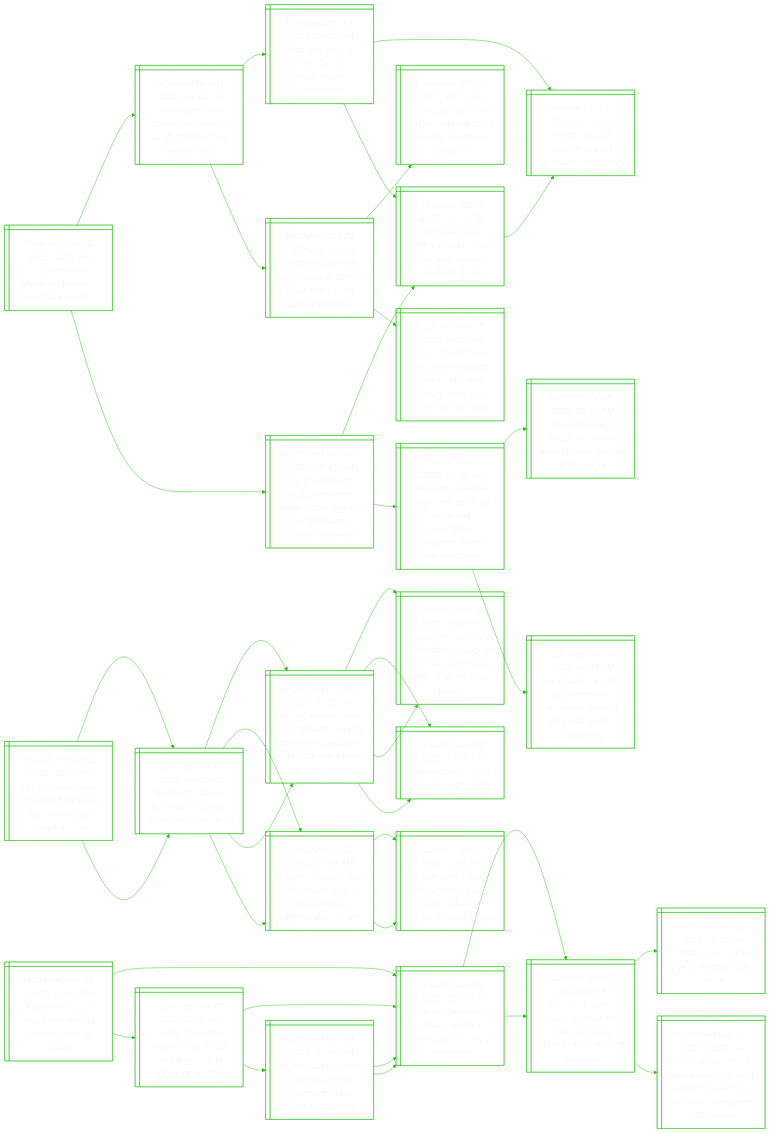
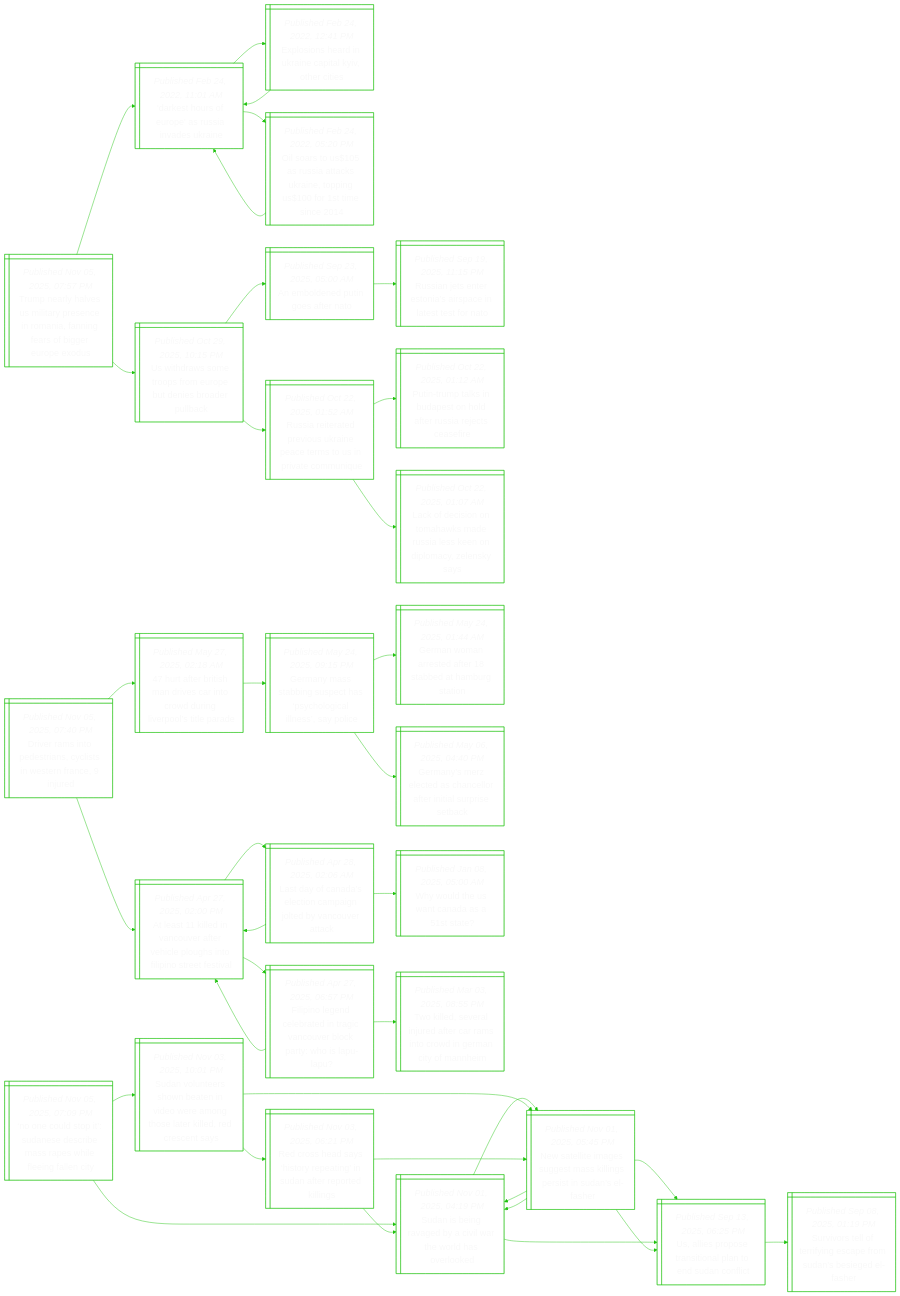
The diagram in README.md (notJmes/notJmes), drawn with Mermaid before and after one commit. The commit also changed other lines of this file, not shown here.

````diff
--- a/README.md
+++ b/README.md
@@ -16,121 +16,121 @@
 flowchart LR
 classDef txtsize font-size:20px;
 
-Uentbegno@{ shape: win-pane, label: "_Published Nov 05, 2025, 02:27 PM_
-Us government shutdown becomes longest in history" }
-AcobeaSdnsdh@{ shape: win-pane, label: "_Published Nov 01, 2025, 01:34 AM_
-Americans worry about next meal as us shutdown enters second month" }
-Waswhomhw@{ shape: win-pane, label: "_Published Oct 01, 2025, 04:42 PM_
-What happens next with the us government shutdown?" }
-TsSrtpbun@{ shape: win-pane, label: "_Published Oct 01, 2025, 01:49 AM_
-Trump says us government will ‘probably’ shut down" }
-Ueniunmaayat@{ shape: win-pane, label: "_Published Oct 01, 2025, 12:02 PM_
-Us government begins shutdown that may lead to mass layoffs and cuts" }
-Tsrermvlyuso@{ shape: win-pane, label: "_Published Oct 24, 2025, 06:18 AM_
-Trump says private donor gave $160m to cover military pay during shutdown" }
-Utrdetliehwg@{ shape: win-pane, label: "_Published Oct 23, 2025, 06:31 PM_
-Us states warn food aid benefits will halt if federal shutdown drags on" }
-Aomhwgnmeegcilc@{ shape: win-pane, label: "_Published Oct 23, 2025, 08:20 AM_
-As us government shutdown drags on and trump takes power, congress cedes its relevance" }
-Uentesraosactt@{ shape: win-pane, label: "_Published Nov 04, 2025, 08:47 PM_
-Us government shutdown enters record 35th day as congressional inaction takes toll" }
-Ueniunmaayat@{ shape: win-pane, label: "_Published Oct 01, 2025, 12:02 PM_
-Us government begins shutdown that may lead to mass layoffs and cuts" }
-TsSrtpbun@{ shape: win-pane, label: "_Published Oct 01, 2025, 01:49 AM_
-Trump says us government will ‘probably’ shut down" }
-MoAcoedaromhwmirn@{ shape: win-pane, label: "_Published Nov 04, 2025, 10:30 AM_
-Millions of americans to get reduced food aid during government shutdown: trump administration" }
-Uentesnknih@{ shape: win-pane, label: "_Published Oct 06, 2025, 09:01 PM_
-Us government shutdown enters second week with no end in sight" }
-Frmognsonpewei@{ shape: win-pane, label: "_Published Nov 04, 2025, 08:32 AM_
-For first time in long us government shutdown, hints of progress toward reopening" }
+Tnyeirsiaagsgues@{ shape: win-pane, label: "_Published Nov 05, 2025, 07:57 PM_
+Trump nearly halves us military presence in romania, fanning fears of bigger europe exodus" }
+DsruasvUn@{ shape: win-pane, label: "_Published Feb 24, 2022, 11:01 AM_
+'darkest hours of europe' as russia invades ukraine" }
+Eshiaalocs@{ shape: win-pane, label: "_Published Feb 24, 2022, 12:41 PM_
+Explosions heard in ukraine capital kyiv, other cities" }
+DsruasvUn@{ shape: win-pane, label: "_Published Feb 24, 2022, 11:01 AM_
+'darkest hours of europe' as russia invades ukraine" }
+OaUuakaogrmc@{ shape: win-pane, label: "_Published Feb 24, 2022, 05:20 PM_
+Oil soars to us$105 as russia attacks ukraine, topping us$100 for 1st time since 2014" }
+DsruasvUn@{ shape: win-pane, label: "_Published Feb 24, 2022, 11:01 AM_
+'darkest hours of europe' as russia invades ukraine" }
+UhstsEeebel@{ shape: win-pane, label: "_Published Oct 29, 2025, 10:15 PM_
+Us withdraws some troops from europe but denies broader pullback" }
+Aoeisr@{ shape: win-pane, label: "_Published Sep 23, 2025, 05:00 AM_
+An emboldened putin goes after nato" }
+Rasrnicatoo@{ shape: win-pane, label: "_Published Sep 19, 2025, 11:15 PM_
+Russian jets enter estonia’s airspace in latest test for nato" }
+Raedikeesivoi@{ shape: win-pane, label: "_Published Oct 22, 2025, 01:52 AM_
+Russia reiterated previous ukraine peace terms to us in private communique" }
+PTtiaodrieei@{ shape: win-pane, label: "_Published Oct 22, 2025, 01:12 AM_
+Putin-trump talks in budapest on hold after russia rejects ceasefire" }
+Lfsnhmuledmeks@{ shape: win-pane, label: "_Published Oct 22, 2025, 01:07 AM_
+Lack of decision on tomahawks made russia less keen on diplomacy, zelensky says" }
 
-Uentbegno:::txtsize --> AcobeaSdnsdh:::txtsize
-AcobeaSdnsdh:::txtsize --> Waswhomhw:::txtsize
-Waswhomhw:::txtsize --> TsSrtpbun:::txtsize
-Waswhomhw:::txtsize --> Ueniunmaayat:::txtsize
-AcobeaSdnsdh:::txtsize --> Tsrermvlyuso:::txtsize
-Tsrermvlyuso:::txtsize --> Utrdetliehwg:::txtsize
-Tsrermvlyuso:::txtsize --> Aomhwgnmeegcilc:::txtsize
-Uentbegno:::txtsize --> Uentesraosactt:::txtsize
-Uentesraosactt:::txtsize --> Ueniunmaayat:::txtsize
-Ueniunmaayat:::txtsize --> TsSrtpbun:::txtsize
-Uentesraosactt:::txtsize --> MoAcoedaromhwmirn:::txtsize
-MoAcoedaromhwmirn:::txtsize --> Uentesnknih:::txtsize
-MoAcoedaromhwmirn:::txtsize --> Frmognsonpewei:::txtsize
+Tnyeirsiaagsgues:::txtsize --> DsruasvUn:::txtsize
+DsruasvUn:::txtsize --> Eshiaalocs:::txtsize
+Eshiaalocs:::txtsize --> DsruasvUn:::txtsize
+DsruasvUn:::txtsize --> OaUuakaogrmc:::txtsize
+OaUuakaogrmc:::txtsize --> DsruasvUn:::txtsize
+Tnyeirsiaagsgues:::txtsize --> UhstsEeebel:::txtsize
+UhstsEeebel:::txtsize --> Aoeisr:::txtsize
+Aoeisr:::txtsize --> Rasrnicatoo:::txtsize
+UhstsEeebel:::txtsize --> Raedikeesivoi:::txtsize
+Raedikeesivoi:::txtsize --> PTtiaodrieei:::txtsize
+Raedikeesivoi:::txtsize --> Lfsnhmuledmeks:::txtsize
 
-ThuMnlmenYoa@{ shape: win-pane, label: "_Published Nov 05, 2025, 02:15 PM_
-‘turn the volume up’, mamdani tells trump after winning nyc mayoral race" }
-Drwialosdp@{ shape: win-pane, label: "_Published Nov 05, 2025, 09:46 AM_
-Democrats sweep first major elections of second trump term" }
-YMmnoihaiYilehpea@{ shape: win-pane, label: "_Published Nov 05, 2025, 10:55 AM_
-Young, muslim, asian and socialist: zohran mamdani’s new york win challenges both trump and democrats" }
-YMmimociYaoauoc@{ shape: win-pane, label: "_Published Nov 05, 2025, 01:27 AM_
-Young muslim leftist mamdani on track to win new york mayor vote, shaking up us politics" }
-Twreig@{ shape: win-pane, label: "_Published Nov 05, 2025, 10:50 AM_
-Takeaways from us election night 2025" }
-Ctywmaeiseary@{ shape: win-pane, label: "_Published Jul 15, 2025, 06:24 AM_
-Cuomo to stay in new york mayoral race despite losing democratic primary" }
-MnCankgnsodty@{ shape: win-pane, label: "_Published Jun 27, 2025, 06:16 PM_
-Mamdani’s nyc primary win sparks surge in anti-muslim posts, advocates say" }
-Drwialosdp@{ shape: win-pane, label: "_Published Nov 05, 2025, 09:46 AM_
-Democrats sweep first major elections of second trump term" }
-YMmnoihaiYilehpea@{ shape: win-pane, label: "_Published Nov 05, 2025, 10:55 AM_
-Young, muslim, asian and socialist: zohran mamdani’s new york win challenges both trump and democrats" }
-YMmimociYaoauoc@{ shape: win-pane, label: "_Published Nov 05, 2025, 01:27 AM_
-Young muslim leftist mamdani on track to win new york mayor vote, shaking up us politics" }
-Twreig@{ shape: win-pane, label: "_Published Nov 05, 2025, 10:50 AM_
-Takeaways from us election night 2025" }
-Ctywmaeiseary@{ shape: win-pane, label: "_Published Jul 15, 2025, 06:24 AM_
-Cuomo to stay in new york mayoral race despite losing democratic primary" }
-MnCankgnsodty@{ shape: win-pane, label: "_Published Jun 27, 2025, 06:16 PM_
-Mamdani’s nyc primary win sparks surge in anti-muslim posts, advocates say" }
+Driercswrnj@{ shape: win-pane, label: "_Published Nov 05, 2025, 07:40 PM_
+Driver rams into pedestrians, cyclists in western france, 9 injured" }
+hfrhrctwivotr@{ shape: win-pane, label: "_Published May 27, 2025, 02:18 AM_
+47 hurt after british man drives car into crowd during liverpool’s title parade" }
+Gnsbutslanai@{ shape: win-pane, label: "_Published May 24, 2025, 09:15 PM_
+Germany mass stabbing suspect has ‘psychological illness’, say police" }
+Gnnsftdmso@{ shape: win-pane, label: "_Published May 24, 2025, 01:44 AM_
+German woman arrested after 18 stabbed at hamburg station" }
+Gnrcscrrirea@{ shape: win-pane, label: "_Published May 06, 2025, 04:40 PM_
+Germany’s merz elected as chancellor after initial surprise setback" }
+AslVufeegtisti@{ shape: win-pane, label: "_Published Apr 27, 2025, 02:00 PM_
+At least 11 killed in vancouver after vehicle ploughs into filipino street festival" }
+LaastagtVut@{ shape: win-pane, label: "_Published Apr 28, 2025, 02:06 AM_
+Last day of canada’s election campaign jolted by vancouver attack" }
+AslVufeegtisti@{ shape: win-pane, label: "_Published Apr 27, 2025, 02:00 PM_
+At least 11 killed in vancouver after vehicle ploughs into filipino street festival" }
+Wuenaaa@{ shape: win-pane, label: "_Published Jan 08, 2025, 05:00 AM_
+Why would the us want canada as a 51st state?" }
+FigeanicrkysL@{ shape: win-pane, label: "_Published Apr 27, 2025, 06:57 PM_
+Filipino legend celebrated in tragic vancouver block party: who is lapu-lapu?" }
+AslVufeegtisti@{ shape: win-pane, label: "_Published Apr 27, 2025, 02:00 PM_
+At least 11 killed in vancouver after vehicle ploughs into filipino street festival" }
+Tlelrtrirnaynm@{ shape: win-pane, label: "_Published Mar 03, 2025, 08:55 PM_
+Two killed, several injured after car rams into crowd in german city of mannheim" }
 
-ThuMnlmenYoa:::txtsize --> Drwialosdp:::txtsize
-Drwialosdp:::txtsize --> YMmnoihaiYilehpea:::txtsize
-YMmnoihaiYilehpea:::txtsize --> YMmimociYaoauoc:::txtsize
-YMmnoihaiYilehpea:::txtsize --> Twreig:::txtsize
-Drwialosdp:::txtsize --> Ctywmaeiseary:::txtsize
-Ctywmaeiseary:::txtsize --> MnCankgnsodty:::txtsize
-ThuMnlmenYoa:::txtsize --> Drwialosdp:::txtsize
-Drwialosdp:::txtsize --> YMmnoihaiYilehpea:::txtsize
-YMmnoihaiYilehpea:::txtsize --> YMmimociYaoauoc:::txtsize
-YMmnoihaiYilehpea:::txtsize --> Twreig:::txtsize
-Drwialosdp:::txtsize --> Ctywmaeiseary:::txtsize
-Ctywmaeiseary:::txtsize --> MnCankgnsodty:::txtsize
+Driercswrnj:::txtsize --> hfrhrctwivotr:::txtsize
+hfrhrctwivotr:::txtsize --> Gnsbutslanai:::txtsize
+Gnsbutslanai:::txtsize --> Gnnsftdmso:::txtsize
+Gnsbutslanai:::txtsize --> Gnrcscrrirea:::txtsize
+Driercswrnj:::txtsize --> AslVufeegtisti:::txtsize
+AslVufeegtisti:::txtsize --> LaastagtVut:::txtsize
+LaastagtVut:::txtsize --> AslVufeegtisti:::txtsize
+LaastagtVut:::txtsize --> Wuenaaa:::txtsize
+AslVufeegtisti:::txtsize --> FigeanicrkysL:::txtsize
+FigeanicrkysL:::txtsize --> AslVufeegtisti:::txtsize
+FigeanicrkysL:::txtsize --> Tlelrtrirnaynm:::txtsize
 
-Eihrhematnr@{ shape: win-pane, label: "_Published Nov 05, 2025, 01:32 PM_
-Explainer: why is trump threatening military action in nigeria?" }
-TttiriNiriCt@{ shape: win-pane, label: "_Published Nov 02, 2025, 05:56 AM_
-Trump threatens military action in nigeria over ‘killing of christians’" }
-UDehewmeinegas@{ shape: win-pane, label: "_Published Nov 01, 2025, 09:00 AM_
-Us v-p j.d. vance says he hopes his wife embraces christianity, setting off backlash" }
-UanyrAcm@{ shape: win-pane, label: "_Published Mar 28, 2025, 01:30 PM_
-Usha vance in the eye of trump’s arctic storm" }
-TahesegnipdoUstt@{ shape: win-pane, label: "_Published Sep 11, 2025, 03:07 AM_
-Trump ally charlie kirk shot dead; right-wing activist played key role in us president’s 2024 victory" }
-Tshoeonrierts@{ shape: win-pane, label: "_Published Nov 03, 2025, 07:41 AM_
-Trump says there ‘could be’ us troops on the ground in nigeria, or air strikes" }
-TttiriNiriCt@{ shape: win-pane, label: "_Published Nov 02, 2025, 05:56 AM_
-Trump threatens military action in nigeria over ‘killing of christians’" }
-UDehewmeinegas@{ shape: win-pane, label: "_Published Nov 01, 2025, 09:00 AM_
-Us v-p j.d. vance says he hopes his wife embraces christianity, setting off backlash" }
-Nislissuttesrt@{ shape: win-pane, label: "_Published Nov 02, 2025, 10:16 PM_
-Nigeria says us help against islamist insurgents must respect its sovereignty" }
-TttiriNiriCt@{ shape: win-pane, label: "_Published Nov 02, 2025, 05:56 AM_
-Trump threatens military action in nigeria over ‘killing of christians’" }
-TttiriNiriCt@{ shape: win-pane, label: "_Published Nov 02, 2025, 05:56 AM_
-Trump threatens military action in nigeria over ‘killing of christians’" }
+Ncstnebsseili@{ shape: win-pane, label: "_Published Nov 05, 2025, 07:09 PM_
+‘no one could stop it’: sudanese describe mass rapes while fleeing fallen city" }
+Sinayitrsld@{ shape: win-pane, label: "_Published Nov 01, 2025, 04:19 PM_
+Sudan is being ravaged by a civil war the world has overlooked" }
+Nttggmigsnna@{ shape: win-pane, label: "_Published Nov 01, 2025, 05:45 PM_
+New satellite images suggest mass killings persist in sudan’s el-fasher" }
+Sinayitrsld@{ shape: win-pane, label: "_Published Nov 01, 2025, 04:19 PM_
+Sudan is being ravaged by a civil war the world has overlooked" }
+Uiotiandnl@{ shape: win-pane, label: "_Published Sep 13, 2025, 06:25 PM_
+Us, allies propose transitional plan to end sudan conflict" }
+Uiotiandnl@{ shape: win-pane, label: "_Published Sep 13, 2025, 06:25 PM_
+Us, allies propose transitional plan to end sudan conflict" }
+SvetfeeSsele@{ shape: win-pane, label: "_Published Sep 08, 2025, 01:19 PM_
+Survivors tell of terrifying escape from sudan’s besieged el-fasher" }
+Svtsbndrnseldca@{ shape: win-pane, label: "_Published Nov 03, 2025, 10:01 PM_
+Sudan volunteers shown beaten in video were among those later killed, red crescent says" }
+Nttggmigsnna@{ shape: win-pane, label: "_Published Nov 01, 2025, 05:45 PM_
+New satellite images suggest mass killings persist in sudan’s el-fasher" }
+Sinayitrsld@{ shape: win-pane, label: "_Published Nov 01, 2025, 04:19 PM_
+Sudan is being ravaged by a civil war the world has overlooked" }
+Uiotiandnl@{ shape: win-pane, label: "_Published Sep 13, 2025, 06:25 PM_
+Us, allies propose transitional plan to end sudan conflict" }
+Roasopnufeel@{ shape: win-pane, label: "_Published Nov 03, 2025, 06:21 PM_
+Red cross head says ‘history repeating’ in sudan after reported killings" }
+Nttggmigsnna@{ shape: win-pane, label: "_Published Nov 01, 2025, 05:45 PM_
+New satellite images suggest mass killings persist in sudan’s el-fasher" }
+Sinayitrsld@{ shape: win-pane, label: "_Published Nov 01, 2025, 04:19 PM_
+Sudan is being ravaged by a civil war the world has overlooked" }
 
-Eihrhematnr:::txtsize --> TttiriNiriCt:::txtsize
-TttiriNiriCt:::txtsize --> UDehewmeinegas:::txtsize
-UDehewmeinegas:::txtsize --> UanyrAcm:::txtsize
-UDehewmeinegas:::txtsize --> TahesegnipdoUstt:::txtsize
-Eihrhematnr:::txtsize --> Tshoeonrierts:::txtsize
-Tshoeonrierts:::txtsize --> TttiriNiriCt:::txtsize
-TttiriNiriCt:::txtsize --> UDehewmeinegas:::txtsize
-Tshoeonrierts:::txtsize --> Nislissuttesrt:::txtsize
-Nislissuttesrt:::txtsize --> TttiriNiriCt:::txtsize
-Nislissuttesrt:::txtsize --> TttiriNiriCt:::txtsize
+Ncstnebsseili:::txtsize --> Sinayitrsld:::txtsize
+Sinayitrsld:::txtsize --> Nttggmigsnna:::txtsize
+Nttggmigsnna:::txtsize --> Sinayitrsld:::txtsize
+Nttggmigsnna:::txtsize --> Uiotiandnl:::txtsize
+Sinayitrsld:::txtsize --> Uiotiandnl:::txtsize
+Uiotiandnl:::txtsize --> SvetfeeSsele:::txtsize
+Ncstnebsseili:::txtsize --> Svtsbndrnseldca:::txtsize
+Svtsbndrnseldca:::txtsize --> Nttggmigsnna:::txtsize
+Nttggmigsnna:::txtsize --> Sinayitrsld:::txtsize
+Nttggmigsnna:::txtsize --> Uiotiandnl:::txtsize
+Svtsbndrnseldca:::txtsize --> Roasopnufeel:::txtsize
+Roasopnufeel:::txtsize --> Nttggmigsnna:::txtsize
+Roasopnufeel:::txtsize --> Sinayitrsld:::txtsize
 
 ```
````
